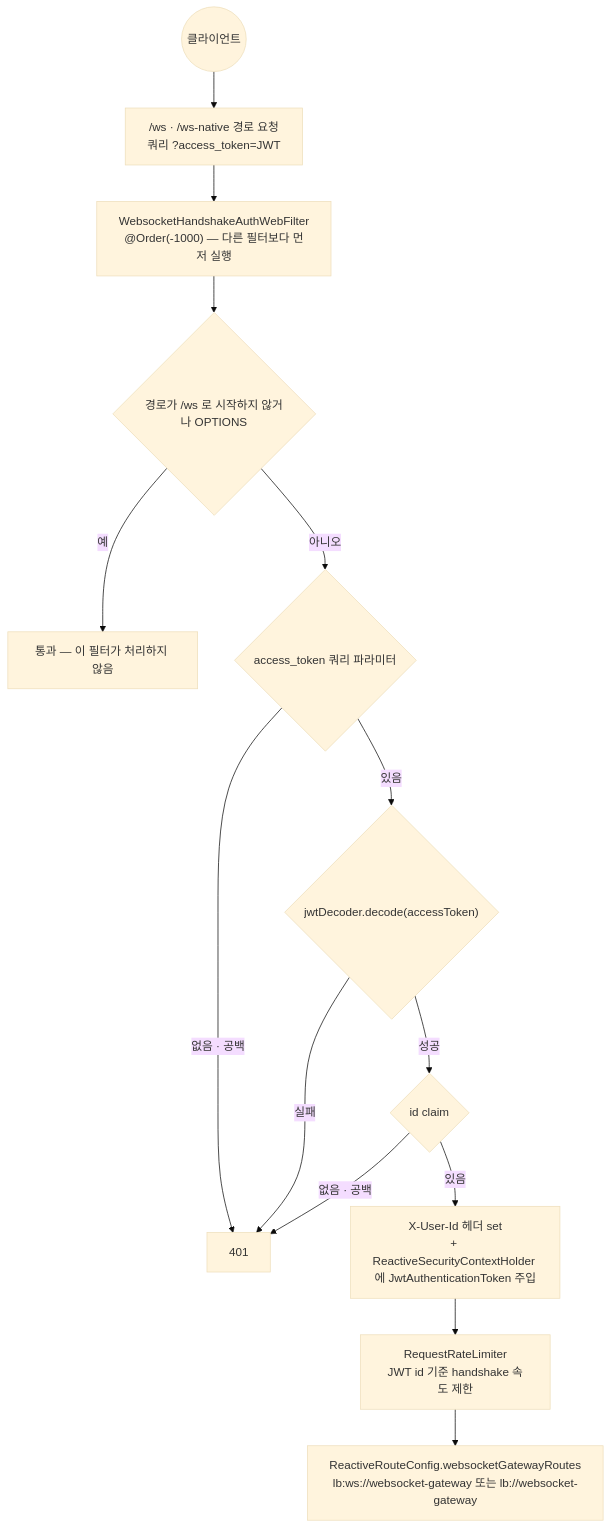
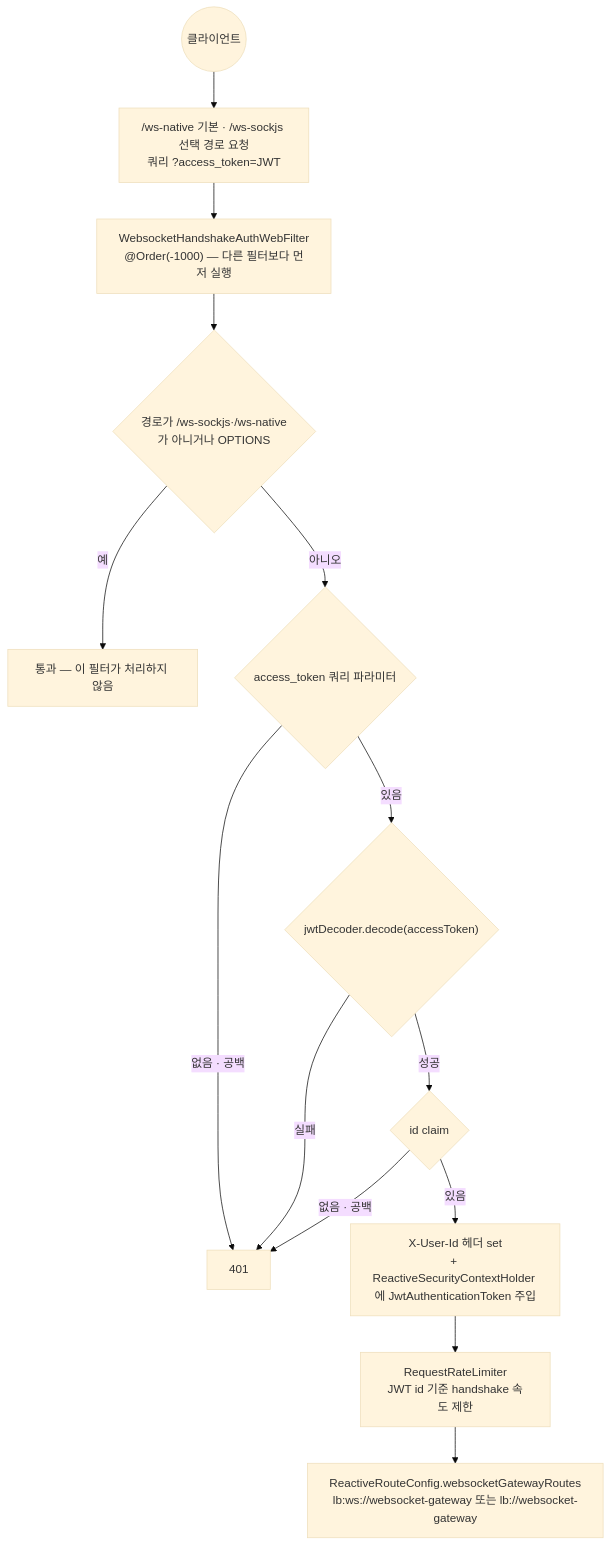
Before and after one commit to noah0504789/crypto-project-backend: the second of 3 diagrams in docs/modules/API_GATEWAY.md, drawn with Mermaid (base theme). The commit also changed other lines of this file and 23 other files, not shown here.

````diff
--- a/docs/modules/API_GATEWAY.md
+++ b/docs/modules/API_GATEWAY.md
@@ -90,25 +90,25 @@
 ```mermaid
 graph TB
   C(("클라이언트"))
-  P["/ws · /ws-native 경로 요청<br/>쿼리 ?access_token=JWT"]
+  P["/ws-native 기본 · /ws-sockjs 선택 경로 요청<br/>쿼리 ?access_token=JWT"]
   F["WebsocketHandshakeAuthWebFilter<br/>@Order(-1000) — 다른 필터보다 먼저 실행"]
-  SKIP{"경로가 /ws 로 시작하지 않거나 OPTIONS"}
+  SKIP{"경로가 /ws-sockjs·/ws-native가 아니거나 OPTIONS"}
   PASS["통과 — 이 필터가 처리하지 않음"]
   T{"access_token 쿼리 파라미터"}
   D{"jwtDecoder.decode(accessToken)"}
   I{"id claim"}
   E401["401"]
   SET["X-User-Id 헤더 set<br/>+ ReactiveSecurityContextHolder 에 JwtAuthenticationToken 주입"]
   RL["RequestRateLimiter<br/>JWT id 기준 handshake 속도 제한"]
   R["ReactiveRouteConfig.websocketGatewayRoutes<br/>lb:ws://websocket-gateway 또는 lb://websocket-gateway"]
 
   C --> P --> F --> SKIP
   SKIP -->|"예"| PASS
   SKIP -->|"아니오"| T
   T -->|"없음 · 공백"| E401
   T -->|"있음"| D
   D -->|"실패"| E401
   D -->|"성공"| I
   I -->|"없음 · 공백"| E401
   I -->|"있음"| SET --> RL --> R
 ```
````
